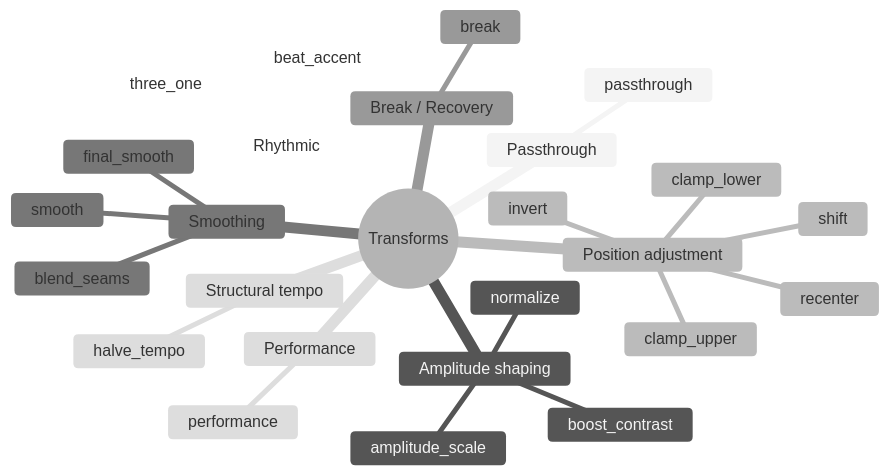
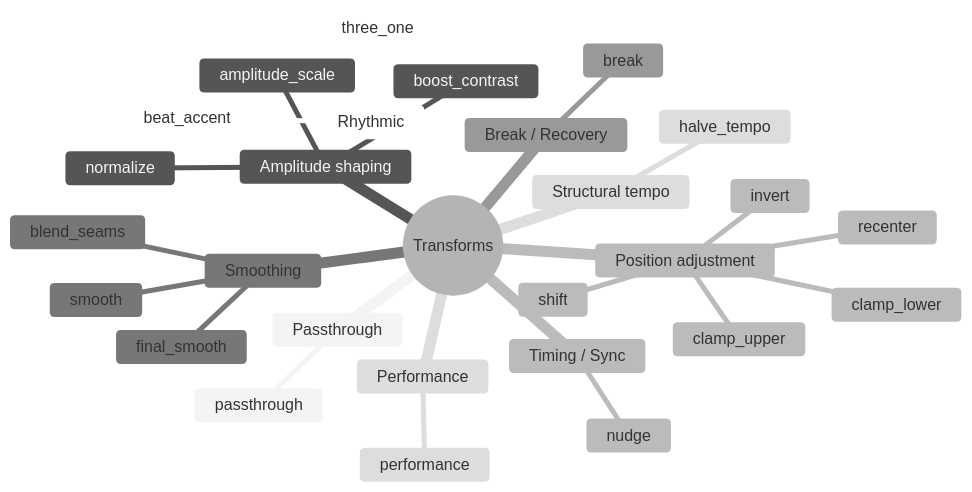
One commit to liquid-releasing/funscript-updater changed the ninth of 11 diagrams in internal/diagrams.md. Above: the diagram before and after it, drawn with Mermaid (neutral theme). The commit also changed 2 other files, not shown here.

Commit message:
docs: add Nudge transform to catalog README, definitions, and diagrams

````diff
--- a/internal/diagrams.md
+++ b/internal/diagrams.md
@@ -221,29 +221,31 @@
 ```mermaid
 mindmap
   root((Transforms))
     Passthrough
       passthrough
     Amplitude shaping
       amplitude_scale
       normalize
       boost_contrast
     Position adjustment
       shift
       recenter
       clamp_upper
       clamp_lower
       invert
     Smoothing
       smooth
       blend_seams
       final_smooth
     Break / Recovery
       break
     Performance
       performance
     Rhythmic
       beat_accent
       three_one
     Structural tempo
       halve_tempo
+    Timing / Sync
+      nudge
 ```
````
